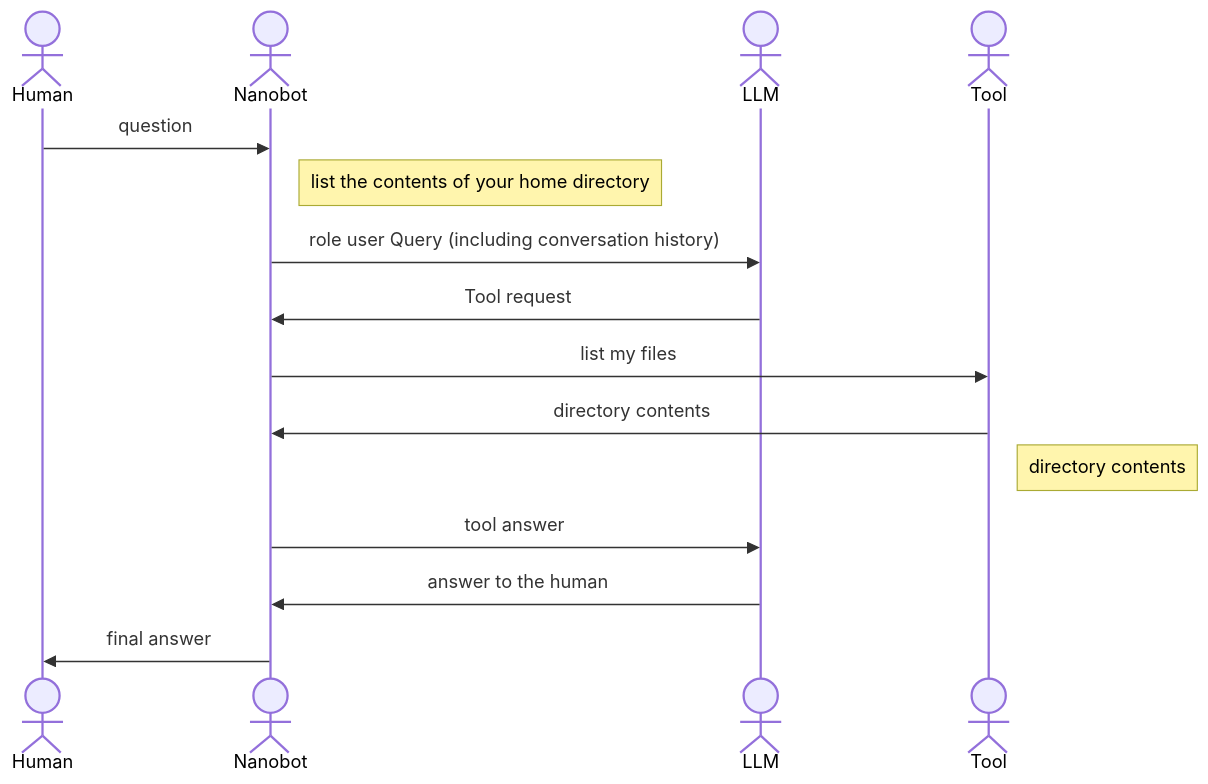
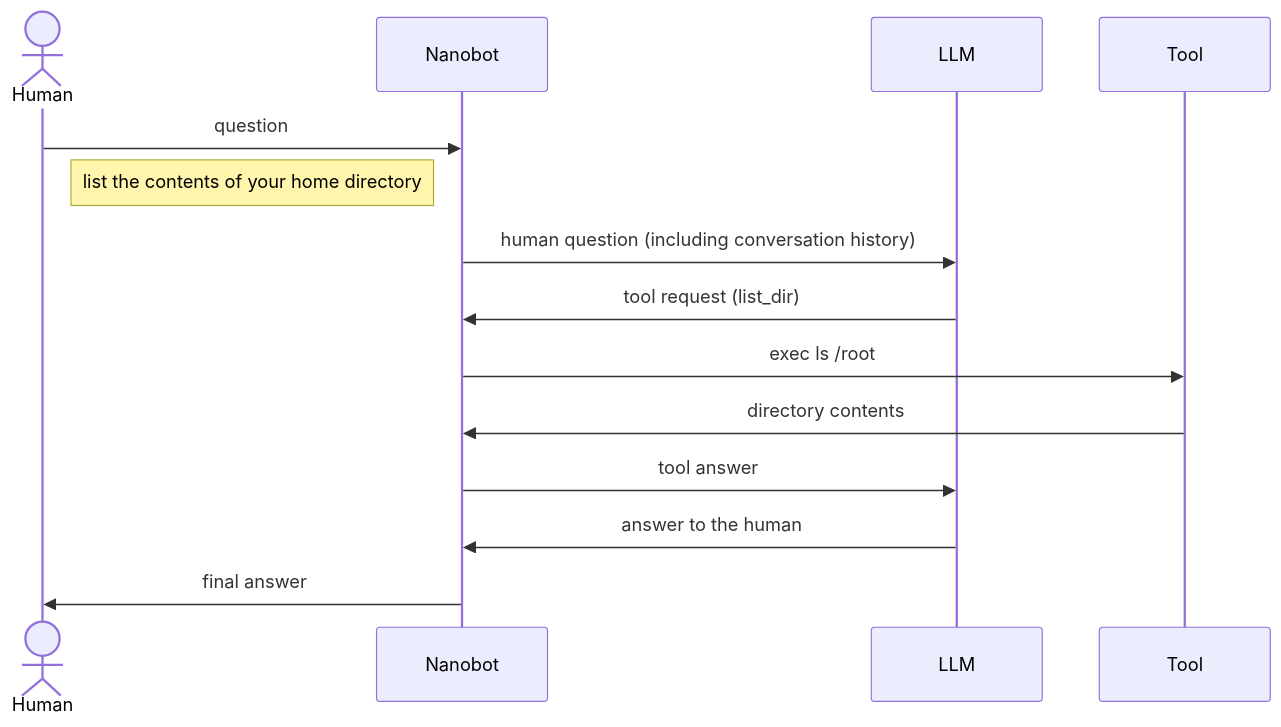
Before and after one commit to pve/hugo-site-dias: the first of 2 diagrams in content/posts/agent-self-aware.md, drawn with Mermaid. The commit also changed other lines of this file and 5 other files, not shown here.

````diff
--- a/content/posts/agent-self-aware.md
+++ b/content/posts/agent-self-aware.md
@@ -185,18 +208,17 @@
 ```mermaid
 sequenceDiagram
     actor Human
-    actor Nanobot
-    actor LLM
-    actor Tool
+    participant Nanobot
+    participant LLM
+    participant Tool
 
     Human->>Nanobot: question
-    Note right of Nanobot: list the contents of your home directory
-    Nanobot->>LLM: role user Query (including conversation history)
-    LLM->>Nanobot: Tool request
-    Nanobot->>Tool: list my files
+    Note right of Human: list the contents of your home directory
+    Nanobot->>LLM: human question (including conversation history)
+    LLM->>Nanobot: tool request (list_dir)
+    Nanobot->>Tool: exec ls /root
     Tool->>Nanobot: directory contents
-    Note right of Tool: directory contents
     Nanobot->>LLM: tool answer
     LLM->>Nanobot: answer to the human
     Nanobot->>Human: final answer
 ```
````
